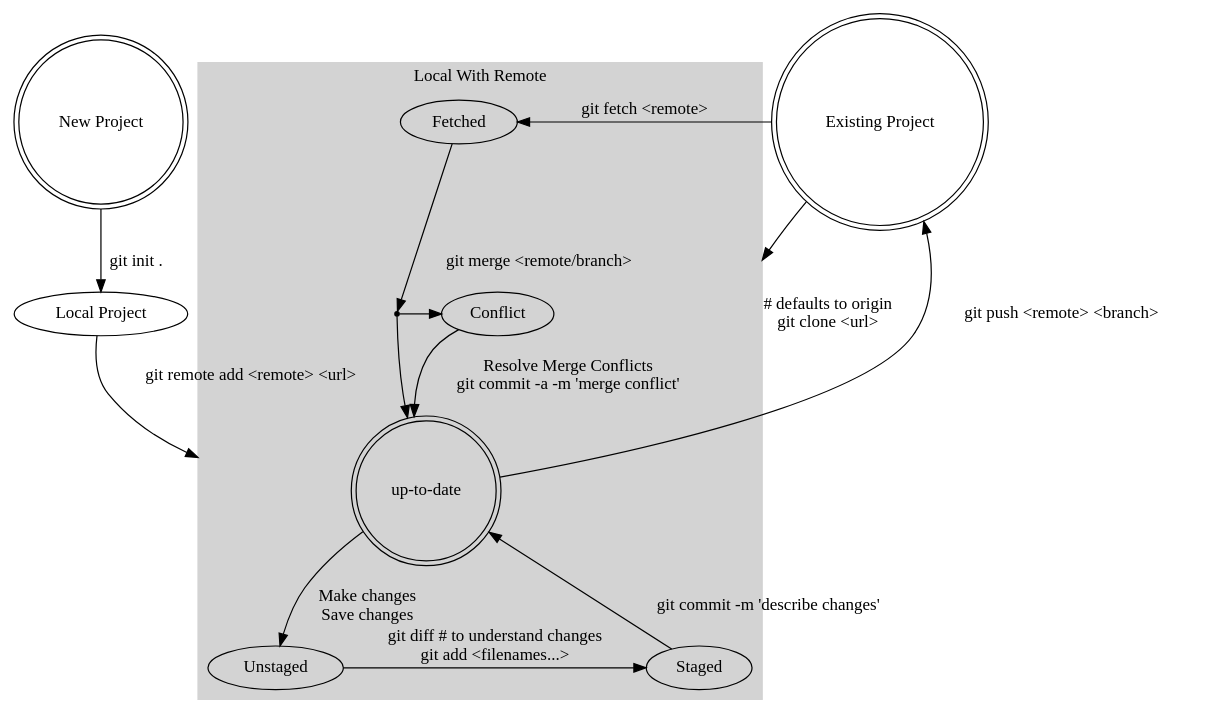
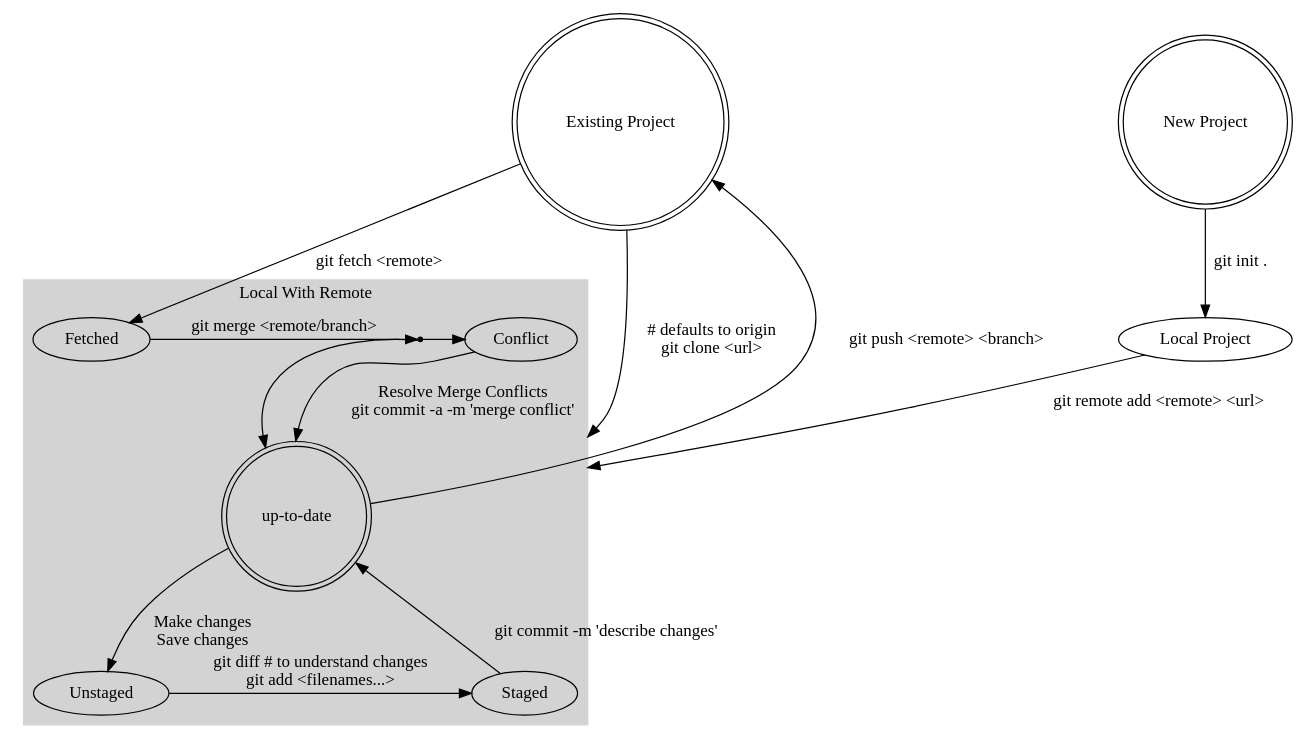
Before and after one commit to probinso/introduction-git: the diagram in git.dot, drawn with Graphviz. The commit also changed 4 other files, not shown here.

```diff
--- a/git.dot
+++ b/git.dot
@@ -1,40 +1,41 @@
 digraph G {
         aize = "4,4"
         compound=true;
         {
+                ExistingProject[label="Existing Project", shape=doublecircle];
                 NewProject[label="New Project", shape=doublecircle];
-                ExistingProject[label="Existing Project", shape=doublecircle];
                 rank=same;
                 };
 
         Local[label="Local Project"];
         subgraph cluster0 {
                 label="Local With Remote";
                 color=lightgray;
                 style=filled;
                 UpToDate [shape=doublecircle, label="up-to-date"];
                 {Unstaged; Staged; rank=same;};
 
                 UpToDate -> Unstaged [label="Make changes\nSave changes"];
                 Unstaged -> Staged [label="git diff # to understand changes\ngit add <filenames...>"];
                 Staged -> UpToDate [label="git commit -m 'describe changes'"];
 
-                {Conflict; Point[shape=point, label=""];
+                {Fetched; Conflict;
+                        Point[shape=point, label=""];
                         rank=same;
                         }
 
                 Fetched -> Point [label="git merge <remote/branch>"];
                 Point -> {Conflict, UpToDate}
                 Conflict -> UpToDate [label="Resolve Merge Conflicts\ngit commit -a -m 'merge conflict'"];
                 };
                 Local -> UpToDate [
                                   label="git remote add <remote> <url>",
                                   lhead=cluster0];
                 NewProject -> Local [label="git init ."];
                 ExistingProject -> UpToDate [
                                             label="# defaults to origin\ngit clone <url>"
                                             lhead=cluster0];
                 UpToDate -> ExistingProject [label="git push <remote> <branch>"];
                 ExistingProject -> Fetched [label="git fetch <remote>"];
                 //ExistingProject -> Point [style=dashed, label="git pull <origin>"];
 }
```
